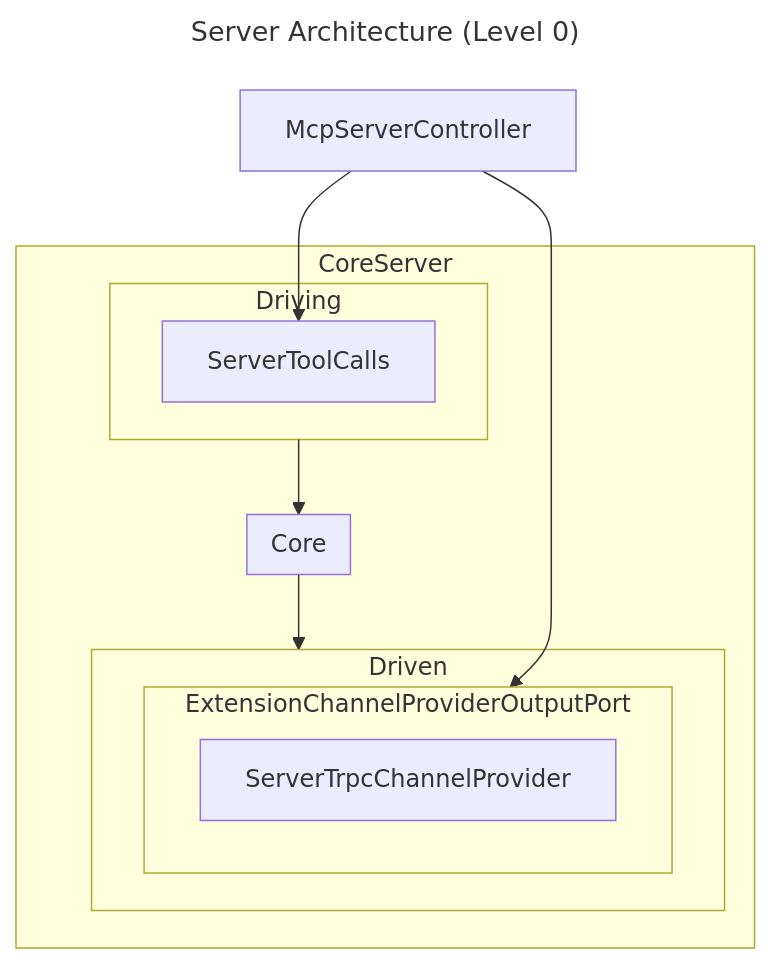
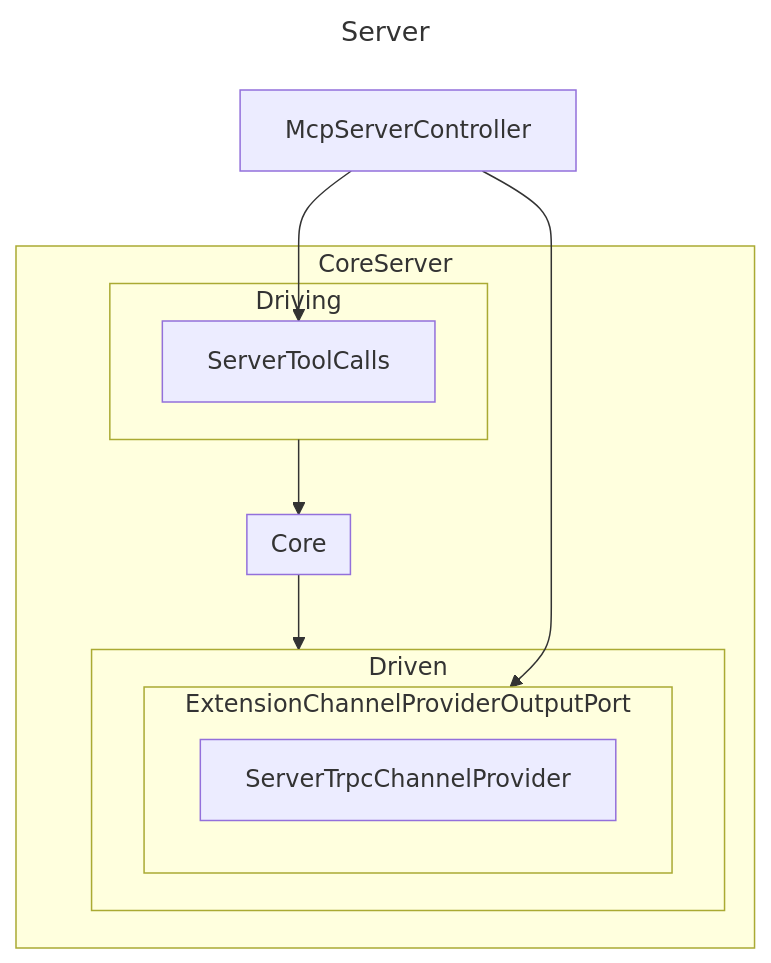
Before and after one commit to ndthanhdev/mcp-browser-kit: the third of 11 diagrams in docs/architecture.md, drawn with Mermaid. The commit also changed other lines of this file, not shown here.

Commit message:
chore: update architecture documentation for clarity and structure (#145)

````diff
--- a/docs/architecture.md
+++ b/docs/architecture.md
@@ -79,31 +73,31 @@
 ```mermaid
 ---
-title: Server Architecture (Level 0)
+title: Server
 ---
 flowchart TD
   McpServerController
   subgraph ServerDriving["Driving"]
     ServerToolCalls
   end
   subgraph ServerCore["Core"]
 
   end
   subgraph ServerDriven["Driven"]
     subgraph ExtensionChannelProviderOutputPort
       ServerTrpcChannelProvider
     end
   end
   subgraph CoreServer
     ServerDriving
     ServerCore
     ServerDriven
   end
 
   %% From Driving
   ServerDriving --> ServerCore
   %% From Core
   ServerCore --> ServerDriven
   %% From Controller
   McpServerController --> ServerToolCalls
   McpServerController --> ExtensionChannelProviderOutputPort
 ```
````
